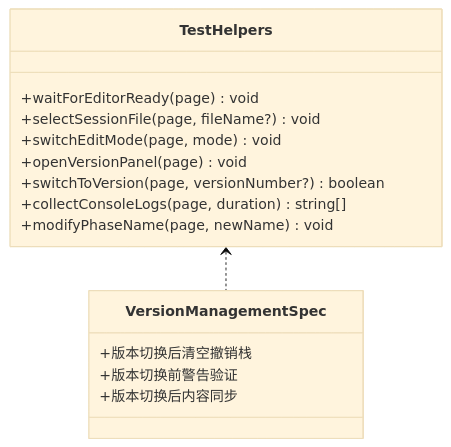
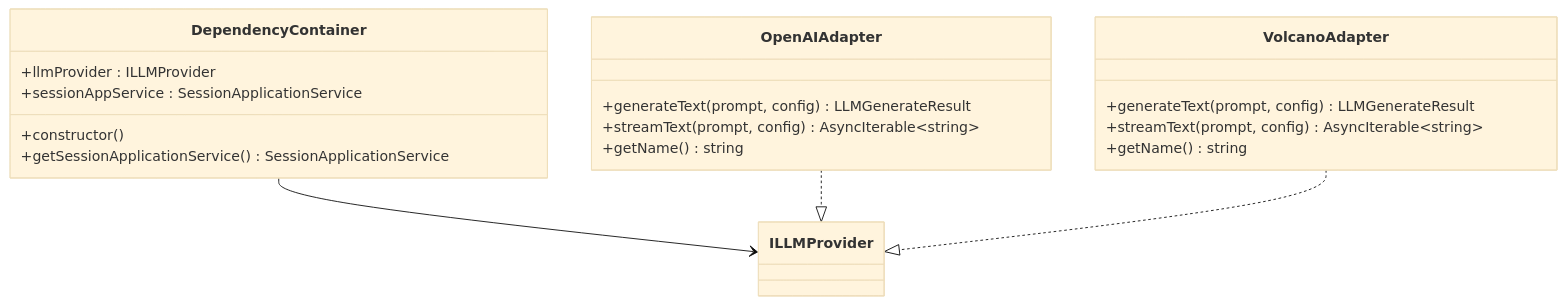
One commit to EverettCamus/HeartRule-Qoder changed diagram 13 of 14 in .qoder/repowiki/zh/content/开发指南/开发指南.md. Above: the diagram before and after it, drawn with Mermaid (base theme). The commit also changed other lines of this file and 8 other files, not shown here.

````diff
--- a/.qoder/repowiki/zh/content/开发指南/开发指南.md
+++ b/.qoder/repowiki/zh/content/开发指南/开发指南.md
@@ -362,18 +735,22 @@
 ```mermaid
 classDiagram
-class TestHelpers {
-+waitForEditorReady(page) void
-+selectSessionFile(page, fileName?) void
-+switchEditMode(page, mode) void
-+openVersionPanel(page) void
-+switchToVersion(page, versionNumber?) boolean
-+collectConsoleLogs(page, duration) string[]
-+modifyPhaseName(page, newName) void
+class DependencyContainer {
++llmProvider : ILLMProvider
++sessionAppService : SessionApplicationService
++constructor()
++getSessionApplicationService() SessionApplicationService
 }
-class VersionManagementSpec {
-+版本切换后清空撤销栈
-+版本切换前警告验证
-+版本切换后内容同步
+class OpenAIAdapter {
++generateText(prompt, config) LLMGenerateResult
++streamText(prompt, config) AsyncIterable~string~
++getName() string
 }
-TestHelpers <.. VersionManagementSpec
+class VolcanoAdapter {
++generateText(prompt, config) LLMGenerateResult
++streamText(prompt, config) AsyncIterable~string~
++getName() string
+}
+DependencyContainer --> ILLMProvider
+OpenAIAdapter ..|> ILLMProvider
+VolcanoAdapter ..|> ILLMProvider
 ```
````
